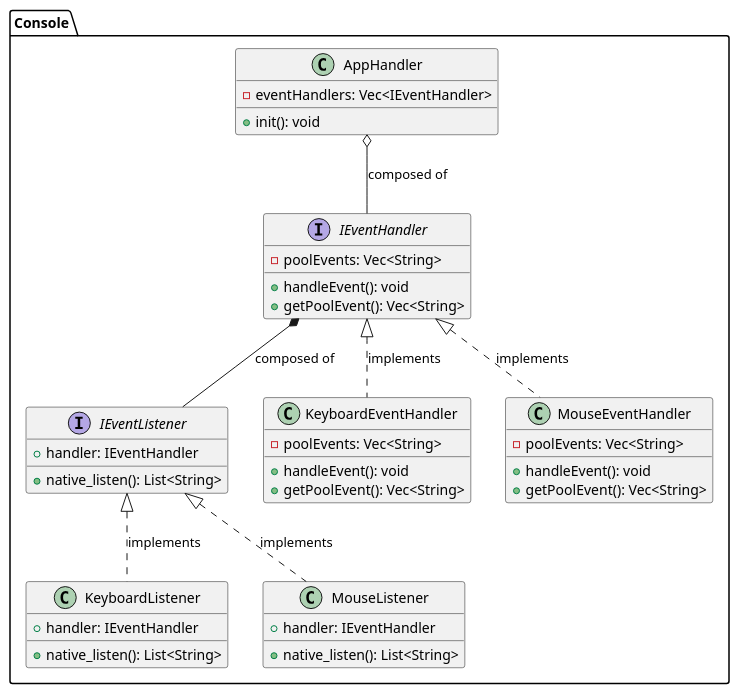
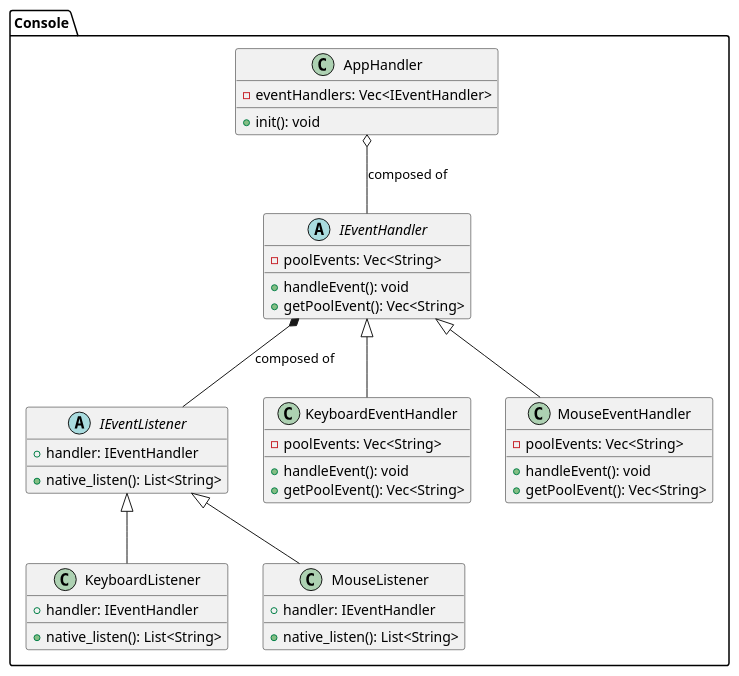
Before and after one commit to Pending-Name-21/arquitecture: the diagram in uml/backend-software-system/input-listener.puml, drawn with PlantUML.

Commit message:
fix: interfaces changed by abstract classes

```diff
--- a/uml/backend-software-system/input-listener.puml
+++ b/uml/backend-software-system/input-listener.puml
@@ -1,53 +1,53 @@
 @startuml input-listener-console
 package "Console" {
 
-    interface IEventListener {
+    abstract class IEventListener {
         +handler: IEventHandler
         +native_listen(): List<String>
     }
 
     class KeyboardListener {
         +handler: IEventHandler
         +native_listen(): List<String>
     }
 
     class MouseListener {
         +handler: IEventHandler
         +native_listen(): List<String>
     }
 
-    IEventListener <|.. KeyboardListener : implements
-    IEventListener <|.. MouseListener : implements
+    IEventListener <|-- KeyboardListener
+    IEventListener <|-- MouseListener
 
-    interface IEventHandler {
+    abstract class IEventHandler {
         -poolEvents: Vec<String>
         +handleEvent(): void
         +getPoolEvent(): Vec<String>
     }
 
     class KeyboardEventHandler {
         -poolEvents: Vec<String>
         +handleEvent(): void
         +getPoolEvent(): Vec<String>
     }
 
     class MouseEventHandler {
         -poolEvents: Vec<String>
         +handleEvent(): void
         +getPoolEvent(): Vec<String>
     }
 
-    IEventHandler <|.. KeyboardEventHandler : implements
-    IEventHandler <|.. MouseEventHandler : implements
+    IEventHandler <|-- KeyboardEventHandler
+    IEventHandler <|-- MouseEventHandler
 
     IEventHandler *-- IEventListener : "composed of"
 
     class AppHandler {
         -eventHandlers: Vec<IEventHandler>
         +init(): void
     }
 
     AppHandler o-- IEventHandler : "composed of"
 
 }
 @enduml
```
